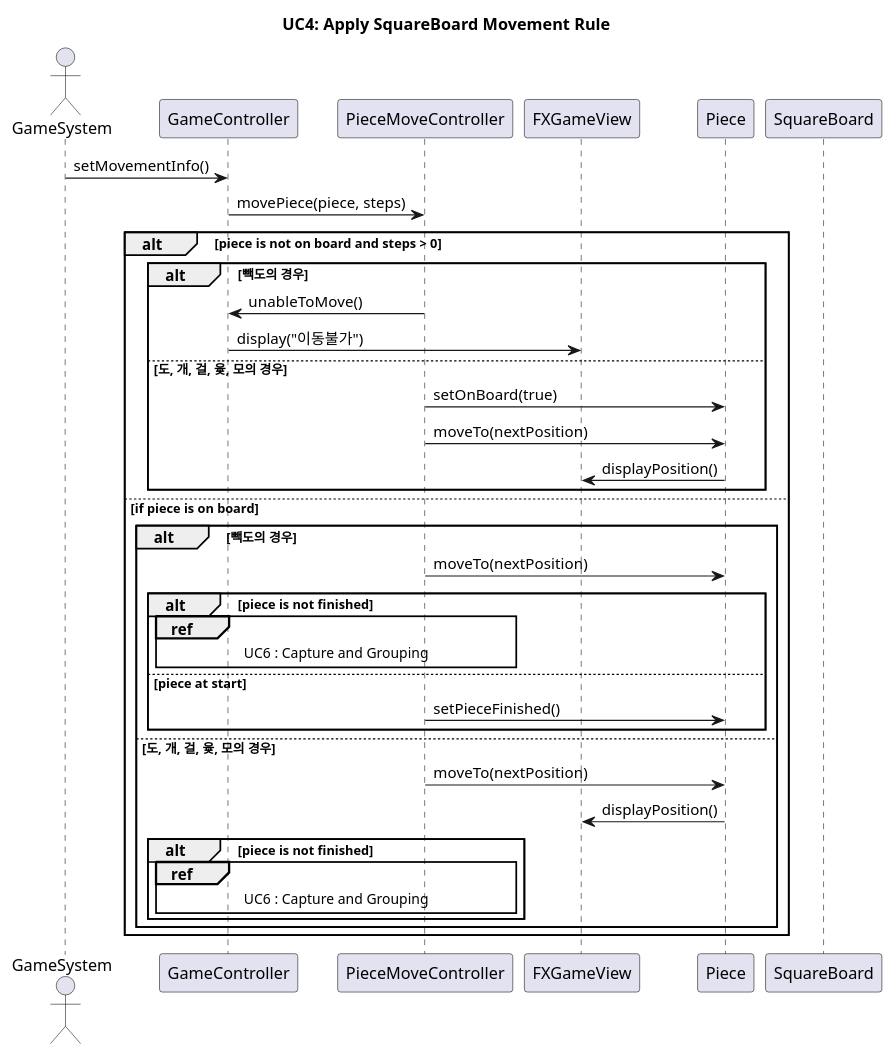
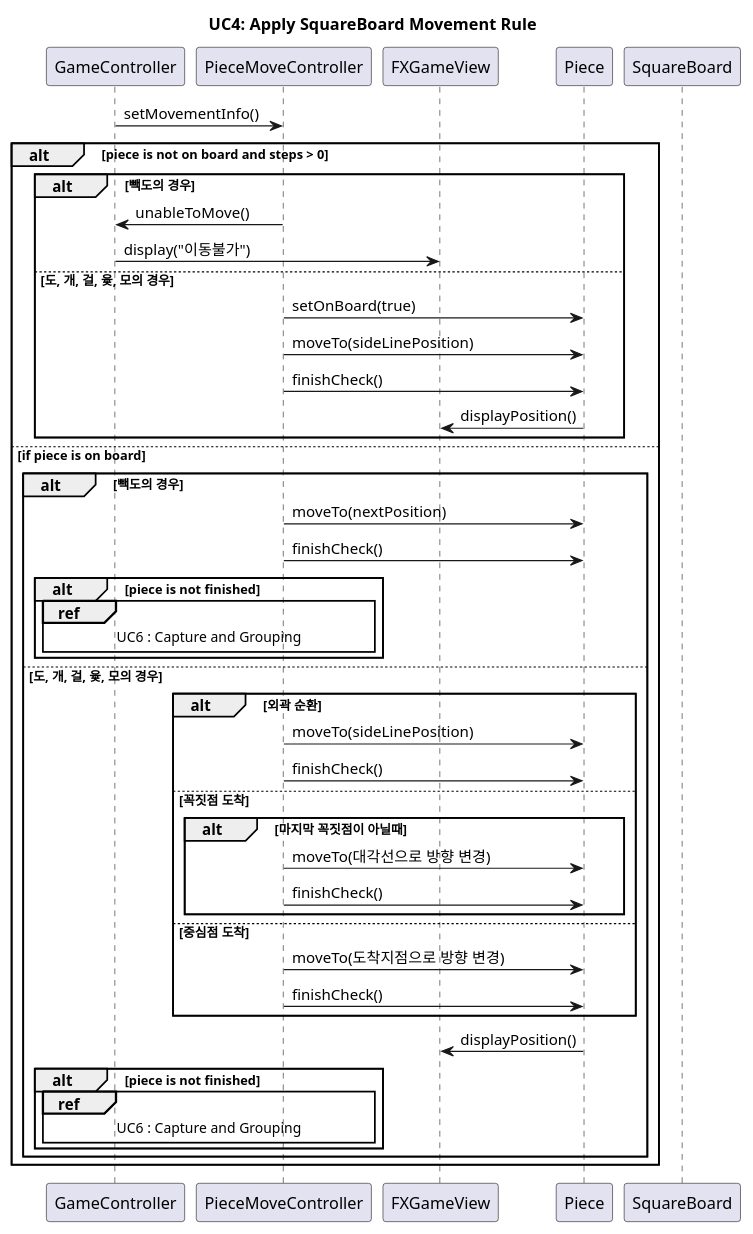
Before and after one commit to jack0928/SE-Term-Project-2025: the diagram in UC4.puml, drawn with PlantUML. The commit also changed 4 other files, not shown here.

Commit message:
docs: sequence diagram 1차 완성

```diff
--- a/UC4.puml
+++ b/UC4.puml
@@ -1,45 +1,56 @@
 @startuml
 title UC4: Apply SquareBoard Movement Rule
 
-actor GameSystem
+
 participant GameController
 participant PieceMoveController
 participant FXGameView
 participant Piece
 participant SquareBoard
 
-GameSystem -> GameController : setMovementInfo()
-GameController -> PieceMoveController : movePiece(piece, steps)
+GameController -> PieceMoveController : setMovementInfo()
+
 
 alt piece is not on board and steps > 0
 	alt 빽도의 경우
     	PieceMoveController -> GameController : unableToMove()
     	GameController -> FXGameView : display("이동불가")
     else 도, 개, 걸, 윷, 모의 경우
     	PieceMoveController -> Piece : setOnBoard(true)
-        PieceMoveController -> Piece : moveTo(nextPosition)
+        PieceMoveController -> Piece : moveTo(sideLinePosition)
+        PieceMoveController -> Piece : finishCheck()
         Piece -> FXGameView : displayPosition()
     end alt
 
 else if piece is on board
     alt 빽도의 경우
             PieceMoveController -> Piece : moveTo(nextPosition)
+            PieceMoveController -> Piece : finishCheck()
             alt piece is not finished
                 ref over GameController, PieceMoveController
                 	UC6 : Capture and Grouping
                 end ref
-            else piece at start
-            	PieceMoveController -> Piece : setPieceFinished()
-            end
+            end alt
     else 도, 개, 걸, 윷, 모의 경우
-        PieceMoveController -> Piece : moveTo(nextPosition)
+    	alt 외곽 순환
+        	PieceMoveController -> Piece : moveTo(sideLinePosition)
+        	PieceMoveController -> Piece : finishCheck()
+        else 꼭짓점 도착
+        	alt 마지막 꼭짓점이 아닐때
+        		PieceMoveController -> Piece : moveTo(대각선으로 방향 변경)
+        		PieceMoveController -> Piece : finishCheck()
+        	end alt
+       	else 중심점 도착
+       		PieceMoveController -> Piece : moveTo(도착지점으로 방향 변경)
+       		PieceMoveController -> Piece : finishCheck()
+        end alt
         Piece -> FXGameView : displayPosition()
         alt piece is not finished
             ref over GameController, PieceMoveController
             	UC6 : Capture and Grouping
             end ref
         end
     end
 end
 
 @enduml
```
